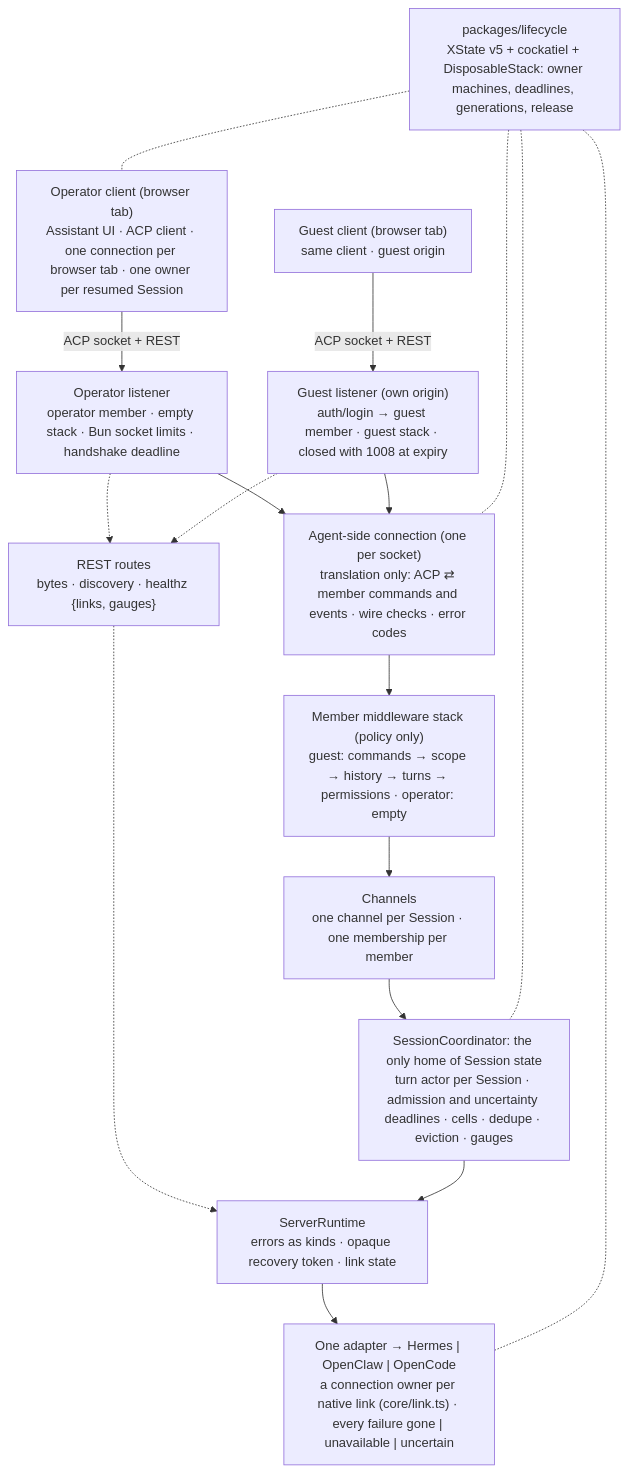
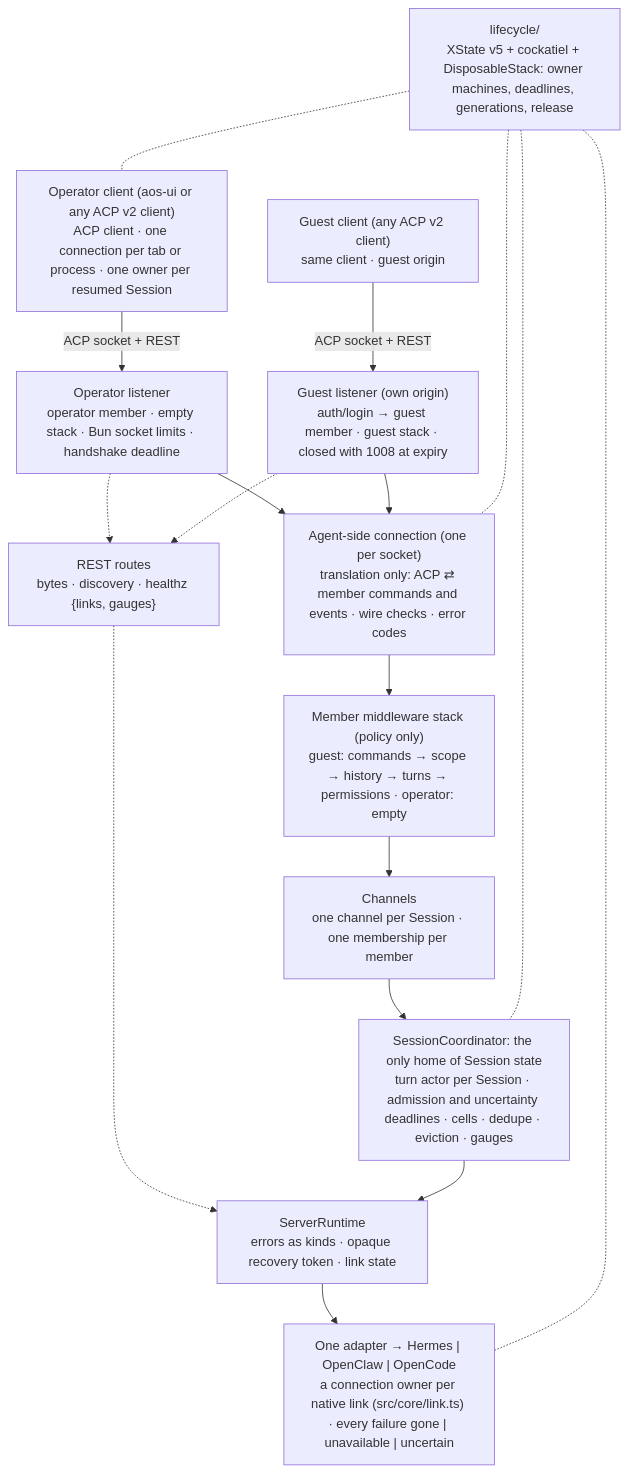
One commit to AlmogBaku/harness-gw changed the diagram in docs/design/aos-runtime-gateway-architecture.md. Above: the diagram before and after it, drawn with Mermaid. The commit also changed other lines of this file and 9 other files, not shown here.

````diff
--- a/docs/design/aos-runtime-gateway-architecture.md
+++ b/docs/design/aos-runtime-gateway-architecture.md
@@ -87,27 +87,27 @@
 ```mermaid
 flowchart TB
-  OC["Operator client (browser tab)<br/>Assistant UI · ACP client · one connection per browser tab · one owner per resumed Session"]
-  GC["Guest client (browser tab)<br/>same client · guest origin"]
+  OC["Operator client (aos-ui or any ACP v2 client)<br/>ACP client · one connection per tab or process · one owner per resumed Session"]
+  GC["Guest client (any ACP v2 client)<br/>same client · guest origin"]
   OL["Operator listener<br/>operator member · empty stack · Bun socket limits · handshake deadline"]
   GL["Guest listener (own origin)<br/>auth/login → guest member · guest stack · closed with 1008 at expiry"]
   REST["REST routes<br/>bytes · discovery · healthz {links, gauges}"]
   ASC["Agent-side connection (one per socket)<br/>translation only: ACP ⇄ member commands and events · wire checks · error codes"]
   MW["Member middleware stack (policy only)<br/>guest: commands → scope → history → turns → permissions · operator: empty"]
   CH["Channels<br/>one channel per Session · one membership per member"]
   CO["SessionCoordinator: the only home of Session state<br/>turn actor per Session · admission and uncertainty deadlines · cells · dedupe · eviction · gauges"]
   RT["ServerRuntime<br/>errors as kinds · opaque recovery token · link state"]
-  AD["One adapter → Hermes | OpenClaw | OpenCode<br/>a connection owner per native link (core/link.ts) · every failure gone | unavailable | uncertain"]
-  LC["packages/lifecycle<br/>XState v5 + cockatiel + DisposableStack: owner machines, deadlines, generations, release"]
+  AD["One adapter → Hermes | OpenClaw | OpenCode<br/>a connection owner per native link (src/core/link.ts) · every failure gone | unavailable | uncertain"]
+  LC["lifecycle/<br/>XState v5 + cockatiel + DisposableStack: owner machines, deadlines, generations, release"]
   OC -- "ACP socket + REST" --> OL
   GC -- "ACP socket + REST" --> GL
   OL --> ASC
   GL --> ASC
   OL -.-> REST
   GL -.-> REST
   REST -.-> RT
   ASC --> MW --> CH --> CO --> RT --> AD
   LC -.- ASC
   LC -.- CO
   LC -.- AD
   LC -.- OC
 ```
````
